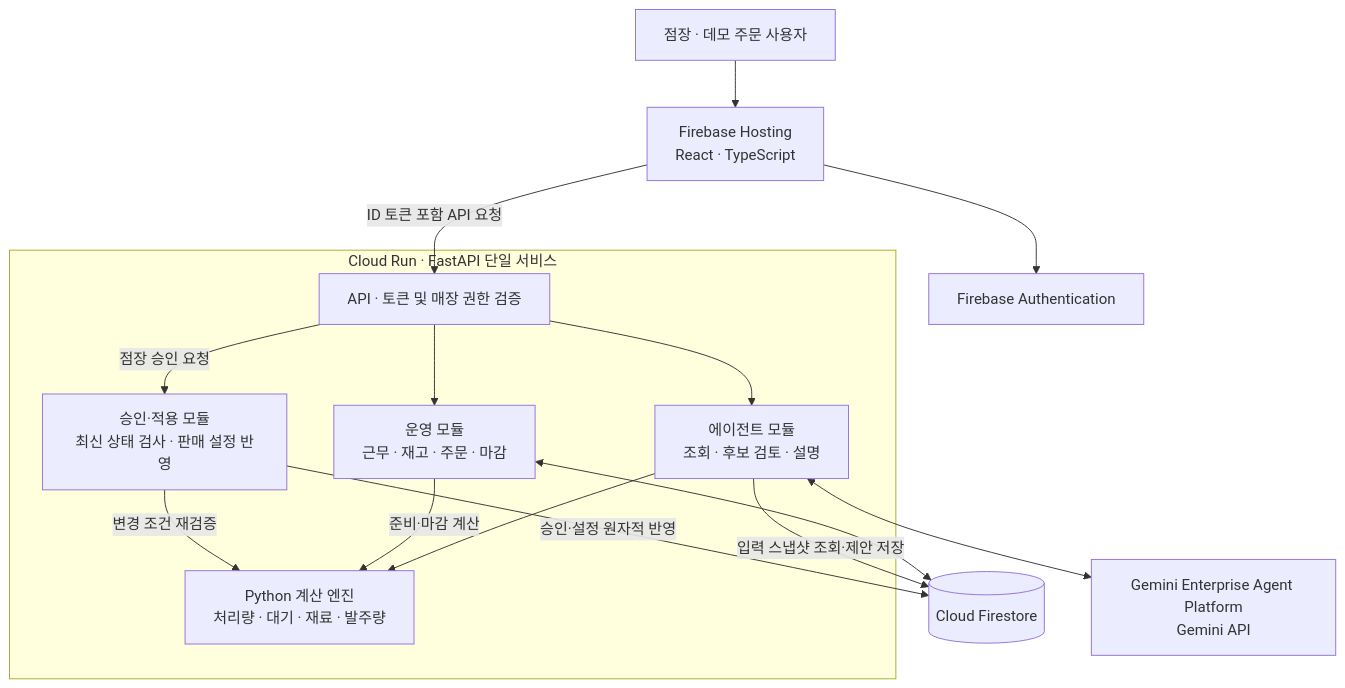
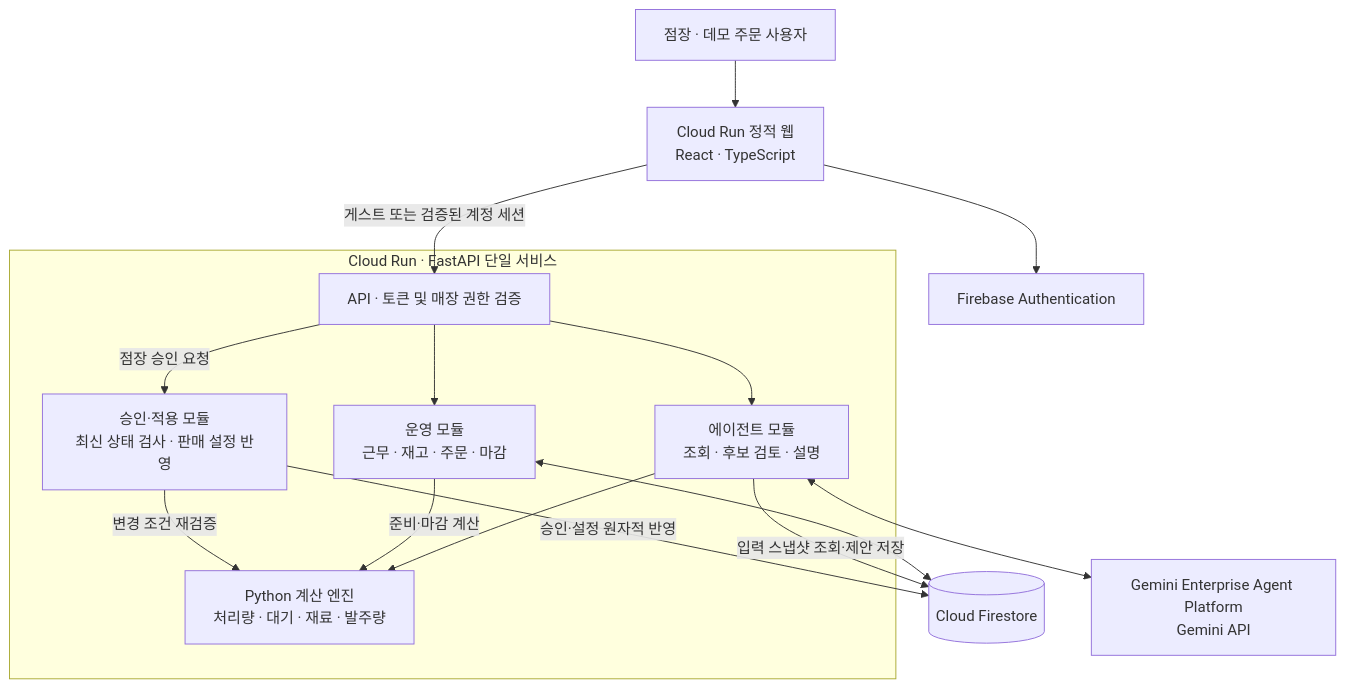
The diagram in ARCHITECTURE.md (criti0728/shiftpatch), drawn with Mermaid before and after one commit. The commit also changed other lines of this file and 4 other files, not shown here.

````diff
--- a/ARCHITECTURE.md
+++ b/ARCHITECTURE.md
@@ -65,31 +65,31 @@
 ```mermaid
 flowchart TD
     USER["점장 · 데모 주문 사용자"]
-    WEB["Firebase Hosting<br/>React · TypeScript"]
+    WEB["Cloud Run 정적 웹<br/>React · TypeScript"]
     AUTH["Firebase Authentication"]
 
     subgraph RUN["Cloud Run · FastAPI 단일 서비스"]
         API["API · 토큰 및 매장 권한 검증"]
         OPS["운영 모듈<br/>근무 · 재고 · 주문 · 마감"]
         AGENT["에이전트 모듈<br/>조회 · 후보 검토 · 설명"]
         CALC["Python 계산 엔진<br/>처리량 · 대기 · 재료 · 발주량"]
         APPROVAL["승인·적용 모듈<br/>최신 상태 검사 · 판매 설정 반영"]
     end
 
     DB[("Cloud Firestore")]
     AI["Gemini Enterprise Agent Platform<br/>Gemini API"]
 
     USER --> WEB
     WEB --> AUTH
-    WEB -->|"ID 토큰 포함 API 요청"| API
+    WEB -->|"게스트 또는 검증된 계정 세션"| API
     API --> OPS
     API --> AGENT
     API -->|"점장 승인 요청"| APPROVAL
     OPS <--> DB
     AGENT -->|"입력 스냅샷 조회·제안 저장"| DB
     AGENT <--> AI
     AGENT --> CALC
     OPS -->|"준비·마감 계산"| CALC
     APPROVAL -->|"변경 조건 재검증"| CALC
     APPROVAL -->|"승인·설정 원자적 반영"| DB
 ```
````
